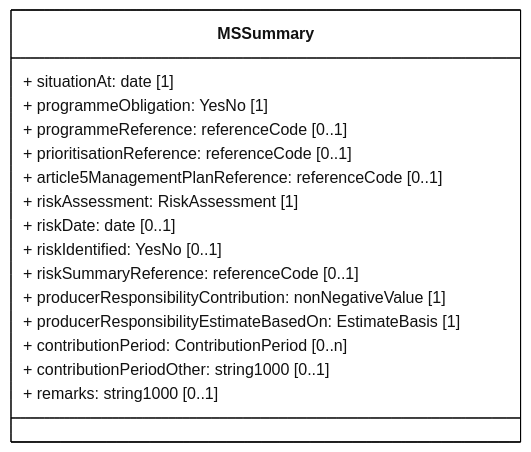
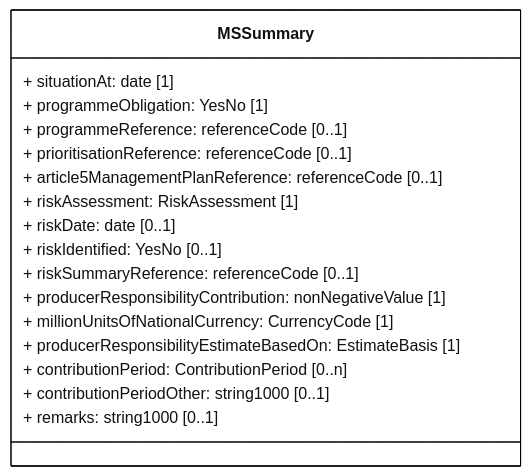
The diagram in docs/rUWWTD2024/Article23/mmd/Article23_MSSummary_ClassDiagram.mmd (eeadata/WISE.UWWTD.Documentation), drawn with Mermaid before and after one commit. The commit also changed 23 other files, not shown here.

```diff
--- a/docs/rUWWTD2024/Article23/mmd/Article23_MSSummary_ClassDiagram.mmd
+++ b/docs/rUWWTD2024/Article23/mmd/Article23_MSSummary_ClassDiagram.mmd
@@ -1,31 +1,32 @@
 ---
 config:
   class:
     hideEmptyMembersBox: true
   layout: dagre
   theme: neutral
 ---
 classDiagram
 direction LR
 
 class MSSummary{
     + situationAt: date [1]
     + programmeObligation: YesNo [1]
     + programmeReference: referenceCode [0..1]
     + prioritisationReference: referenceCode [0..1]
     + article5ManagementPlanReference: referenceCode [0..1]
 
     + riskAssessment: RiskAssessment [1]
     + riskDate: date [0..1]
     + riskIdentified: YesNo [0..1]
     + riskSummaryReference: referenceCode [0..1]
 
     + producerResponsibilityContribution: nonNegativeValue [1]
+    + millionUnitsOfNationalCurrency: CurrencyCode [1]
     + producerResponsibilityEstimateBasedOn: EstimateBasis [1]
     + contributionPeriod: ContributionPeriod [0..n]
     + contributionPeriodOther: string1000 [0..1]
     + remarks: string1000 [0..1]
 }
 
 classDef default fill:white,stroke:#000;
 classDef forFixing fill:white,stroke:#f00;
```
